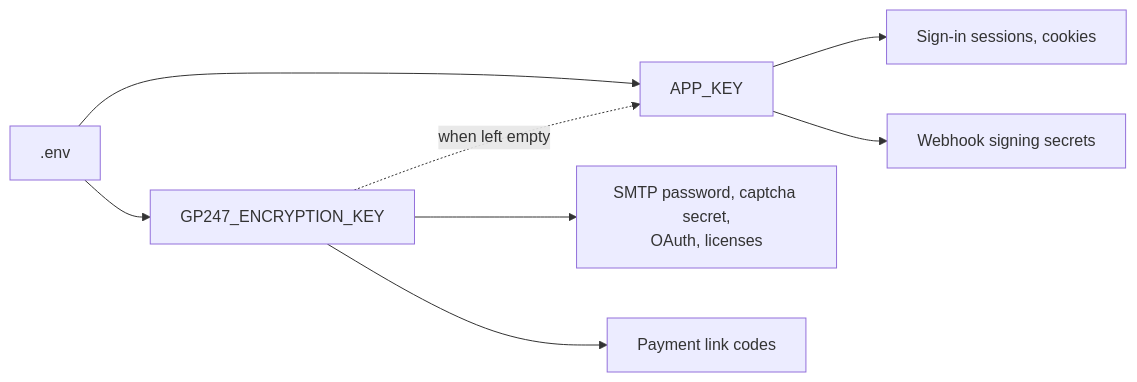
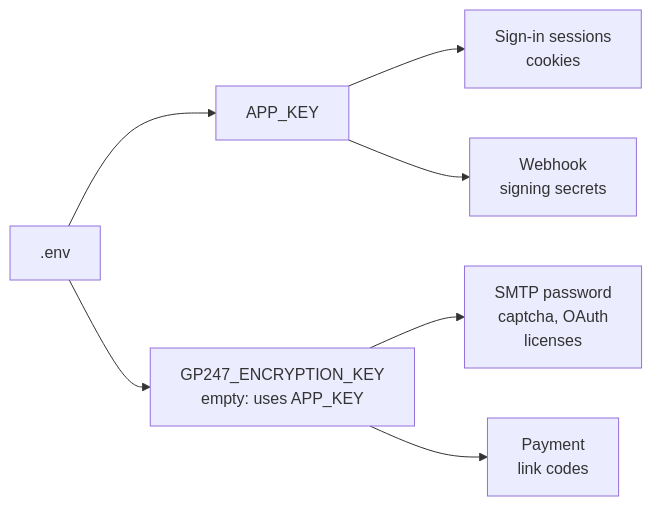
The diagram in security/security-keys-and-backup.md (gp247net/gp247-docs), drawn with Mermaid before and after one commit. The commit also changed 44 other files, not shown here.

First line of the commit message:
docs: redraw oversized diagrams in security, API and MCP docs (vi/en/ja)

````diff
--- a/security/security-keys-and-backup.md
+++ b/security/security-keys-and-backup.md
@@ -18,10 +18,9 @@
 ```mermaid
 flowchart LR
     E[".env"] --> K1["APP_KEY"]
-    E --> K2["GP247_ENCRYPTION_KEY"]
-    K1 --> A1["Sign-in sessions, cookies"]
-    K1 --> A3["Webhook signing secrets"]
-    K2 --> B1["SMTP password, captcha secret,<br/>OAuth, licenses"]
-    K2 --> B2["Payment link codes"]
-    K2 -.->|"when left empty"| K1
+    E --> K2["GP247_ENCRYPTION_KEY<br/>empty: uses APP_KEY"]
+    K1 --> A1["Sign-in sessions<br/>cookies"]
+    K1 --> A3["Webhook<br/>signing secrets"]
+    K2 --> B1["SMTP password<br/>captcha, OAuth<br/>licenses"]
+    K2 --> B2["Payment<br/>link codes"]
 ```
````
